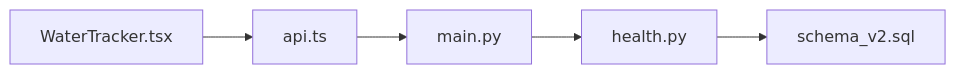
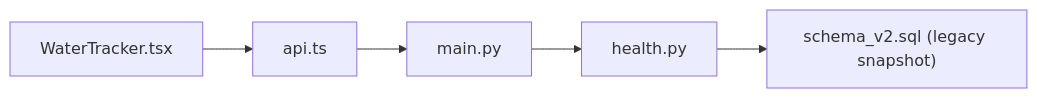
Before and after one commit to nilsnavi/fit_trackerpro: the fourth of 4 diagrams in .qoder/repowiki/en/content/Feature Implementation/Health Monitoring System/Hydration Tracking.md, drawn with Mermaid. The commit also changed other lines of this file and 18 other files, not shown here.

First line of the commit message:
docs(db): закрепить единый source of truth схемы

````diff
--- a/.qoder/repowiki/en/content/Feature Implementation/Health Monitoring System/Hydration Tracking.md
+++ b/.qoder/repowiki/en/content/Feature Implementation/Health Monitoring System/Hydration Tracking.md
@@ -221,7 +221,7 @@
 ```mermaid
 graph LR
 WT["WaterTracker.tsx"] --> API["api.ts"]
 API --> MAIN["main.py"]
 MAIN --> HEALTH["health.py"]
-HEALTH --> DB["schema_v2.sql"]
+HEALTH --> DB["schema_v2.sql (legacy snapshot)"]
 ```
````
